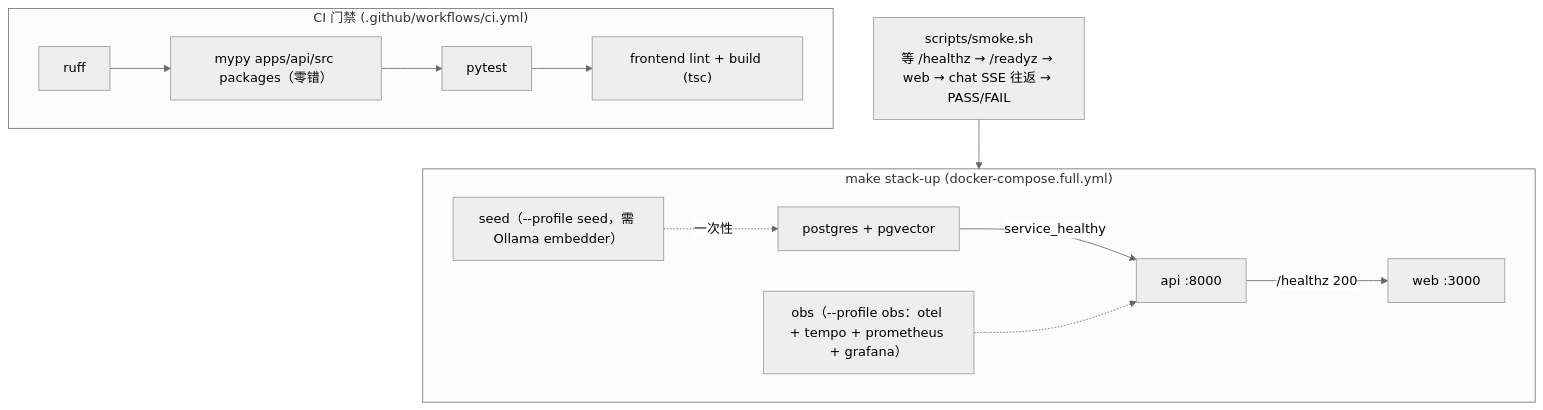
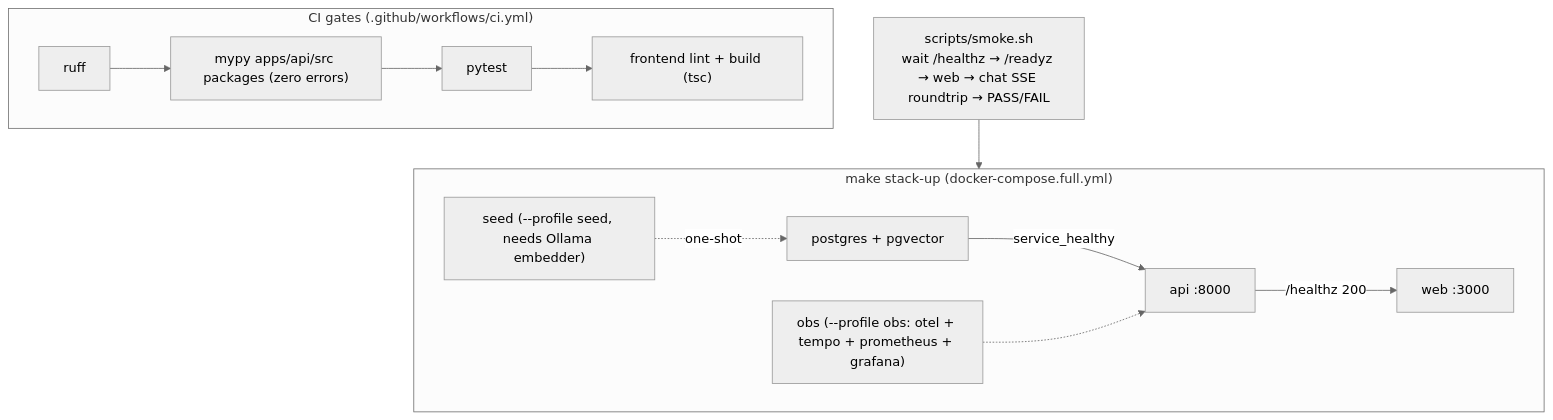
Before and after one commit to AndyUneducated/resolve-ai: the diagram in docs/milestone-15-plan.md, drawn with Mermaid (neutral theme). The commit also changed other lines of this file and 79 other files, not shown here.

````diff
--- a/docs/milestone-15-plan.md
+++ b/docs/milestone-15-plan.md
@@ -9,15 +9,15 @@
 ```mermaid
 flowchart TD
-  subgraph ci["CI 门禁 (.github/workflows/ci.yml)"]
-    ruff["ruff"] --> mypytest["mypy apps/api/src packages（零错）"]
+  subgraph ci["CI gates (.github/workflows/ci.yml)"]
+    ruff["ruff"] --> mypytest["mypy apps/api/src packages (zero errors)"]
     mypytest --> pytest["pytest"]
     pytest --> fe["frontend lint + build (tsc)"]
   end
   subgraph stack["make stack-up (docker-compose.full.yml)"]
     pg["postgres + pgvector"] -->|service_healthy| api["api :8000"]
     api -->|/healthz 200| web["web :3000"]
-    seed["seed（--profile seed，需 Ollama embedder）"] -.->|一次性| pg
-    obs["obs（--profile obs：otel + tempo + prometheus + grafana）"] -.-> api
+    seed["seed (--profile seed, needs Ollama embedder)"] -.->|one-shot| pg
+    obs["obs (--profile obs: otel + tempo + prometheus + grafana)"] -.-> api
   end
-  smoke["scripts/smoke.sh<br/>等 /healthz → /readyz → web → chat SSE 往返 → PASS/FAIL"] --> stack
+  smoke["scripts/smoke.sh<br/>wait /healthz → /readyz → web → chat SSE roundtrip → PASS/FAIL"] --> stack
 ```
````
